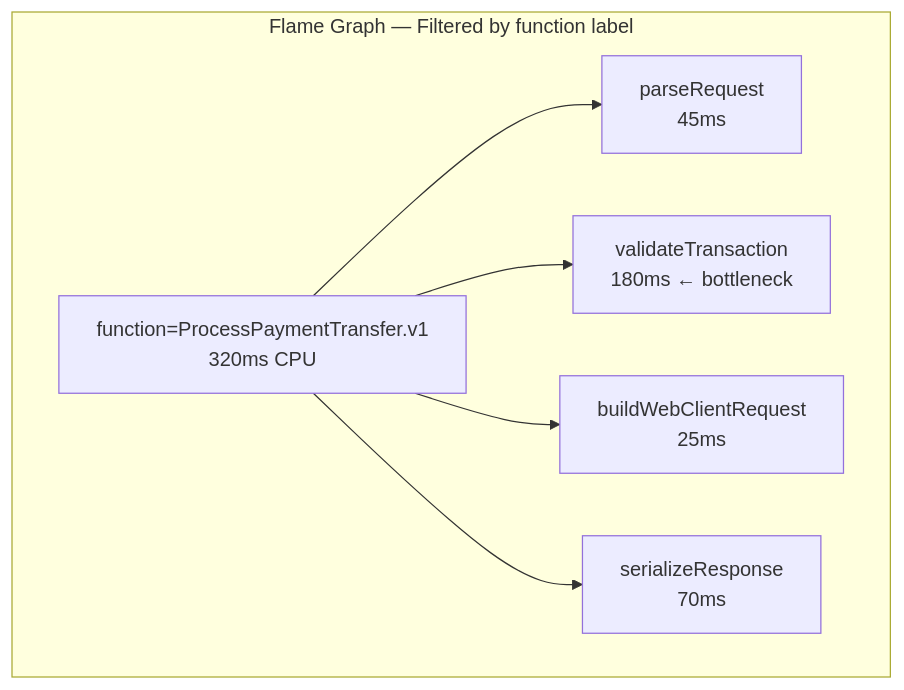
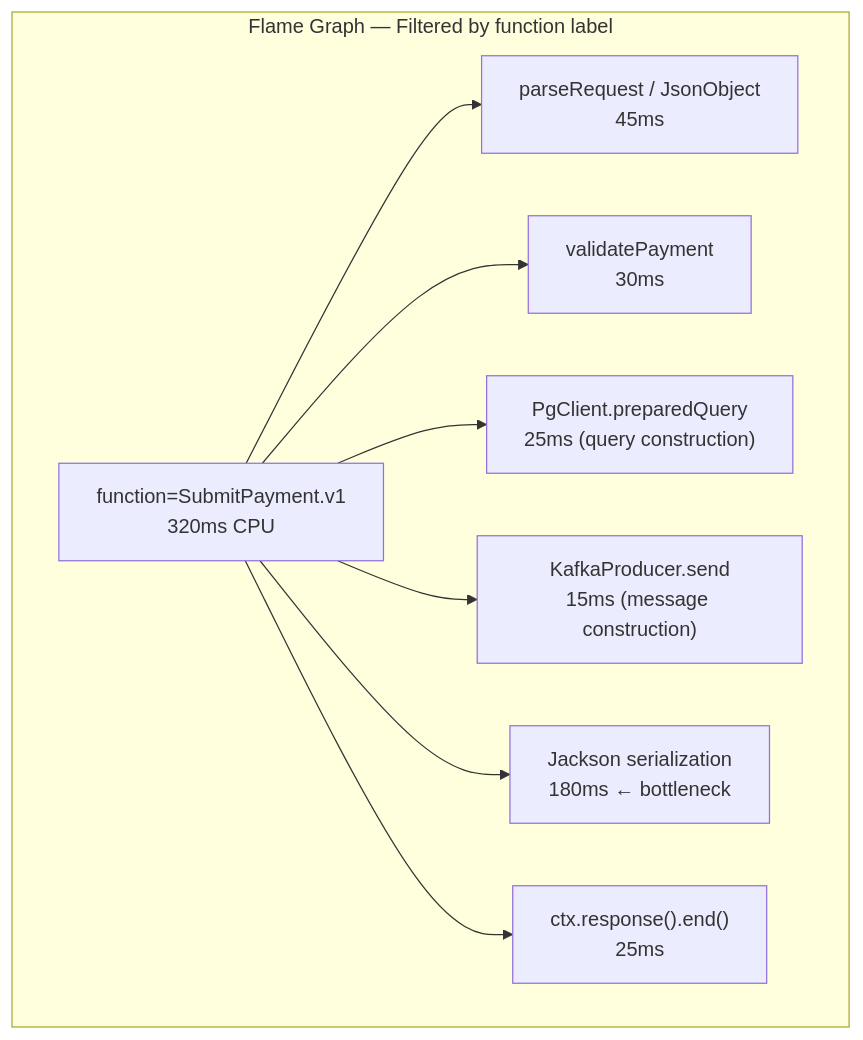
One commit to aff0gat000/pyroscope changed the ninth of 12 diagrams in docs/vertx-labeling-guide.md. Above: the diagram before and after it, drawn with Mermaid. The commit also changed other lines of this file and 2 other files, not shown here.

First line of the commit message:
Add enterprise Vert.x diagrams, mermaid.ink fallback renderer

````diff
--- a/docs/vertx-labeling-guide.md
+++ b/docs/vertx-labeling-guide.md
@@ -330,10 +473,12 @@
 ```mermaid
 graph TB
     subgraph "Flame Graph — Filtered by function label"
-        FN["function=ProcessPaymentTransfer.v1<br/>320ms CPU"]
-        FN --> PARSE["parseRequest<br/>45ms"]
-        FN --> VALIDATE["validateTransaction<br/>180ms ← bottleneck"]
-        FN --> BUILD["buildWebClientRequest<br/>25ms"]
-        FN --> SERIAL["serializeResponse<br/>70ms"]
+        FN["function=SubmitPayment.v1<br/>320ms CPU"]
+        FN --> PARSE["parseRequest / JsonObject<br/>45ms"]
+        FN --> VALIDATE["validatePayment<br/>30ms"]
+        FN --> SQL["PgClient.preparedQuery<br/>25ms (query construction)"]
+        FN --> KAFKA["KafkaProducer.send<br/>15ms (message construction)"]
+        FN --> JACKSON["Jackson serialization<br/>180ms ← bottleneck"]
+        FN --> RESP["ctx.response().end()<br/>25ms"]
     end
 ```
````
